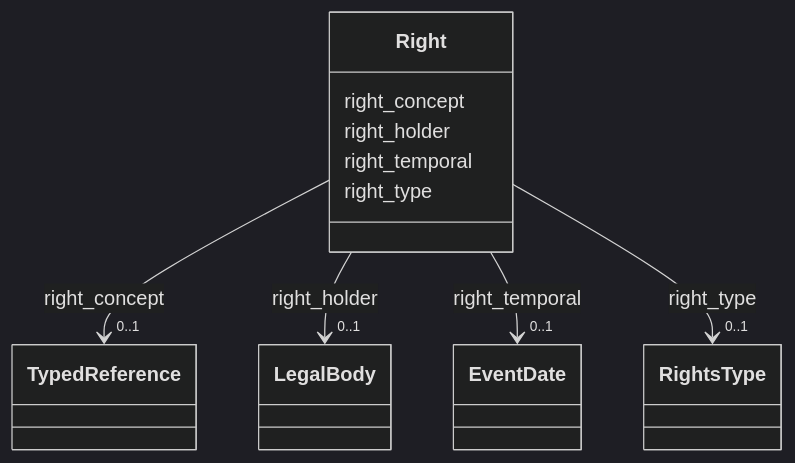
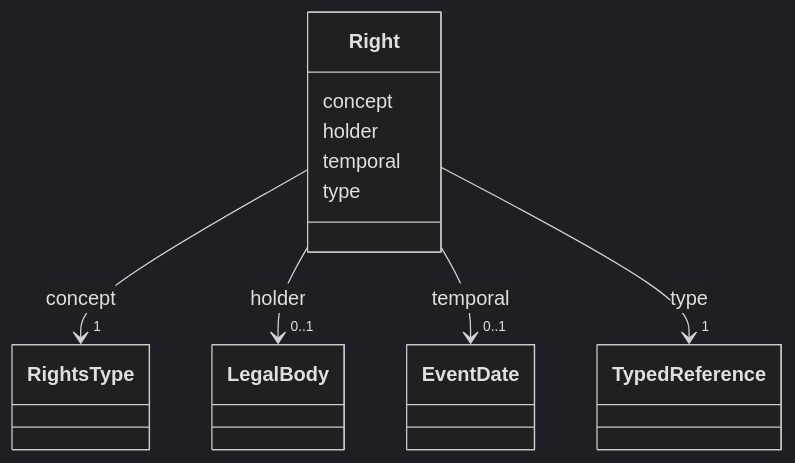
Before and after one commit to arqtrad/schema: the diagram in docs/Right.md, drawn with Mermaid (dark theme). The commit also changed other lines of this file and 137 other files, not shown here.

````diff
--- a/docs/Right.md
+++ b/docs/Right.md
@@ -23,50 +25,50 @@
 ```mermaid
  classDiagram
     class Right
     click Right href "../Right/"
-      Right : right_concept
+      Right : concept
 
 
 
 
 
-        Right --> "0..1" TypedReference : right_concept
-        click TypedReference href "../TypedReference/"
+        Right --> "1" RightsType : concept
+        click RightsType href "../RightsType/"
 
 
 
-      Right : right_holder
+      Right : holder
 
 
 
 
 
-        Right --> "0..1" LegalBody : right_holder
+        Right --> "0..1" LegalBody : holder
         click LegalBody href "../LegalBody/"
 
 
 
-      Right : right_temporal
+      Right : temporal
 
 
 
 
 
-        Right --> "0..1" EventDate : right_temporal
+        Right --> "0..1" EventDate : temporal
         click EventDate href "../EventDate/"
 
 
 
-      Right : right_type
+      Right : type
 
 
 
 
 
-        Right --> "0..1" RightsType : right_type
-        click RightsType href "../RightsType/"
+        Right --> "1" TypedReference : type
+        click TypedReference href "../TypedReference/"
 
 
 
 
 ```
````
